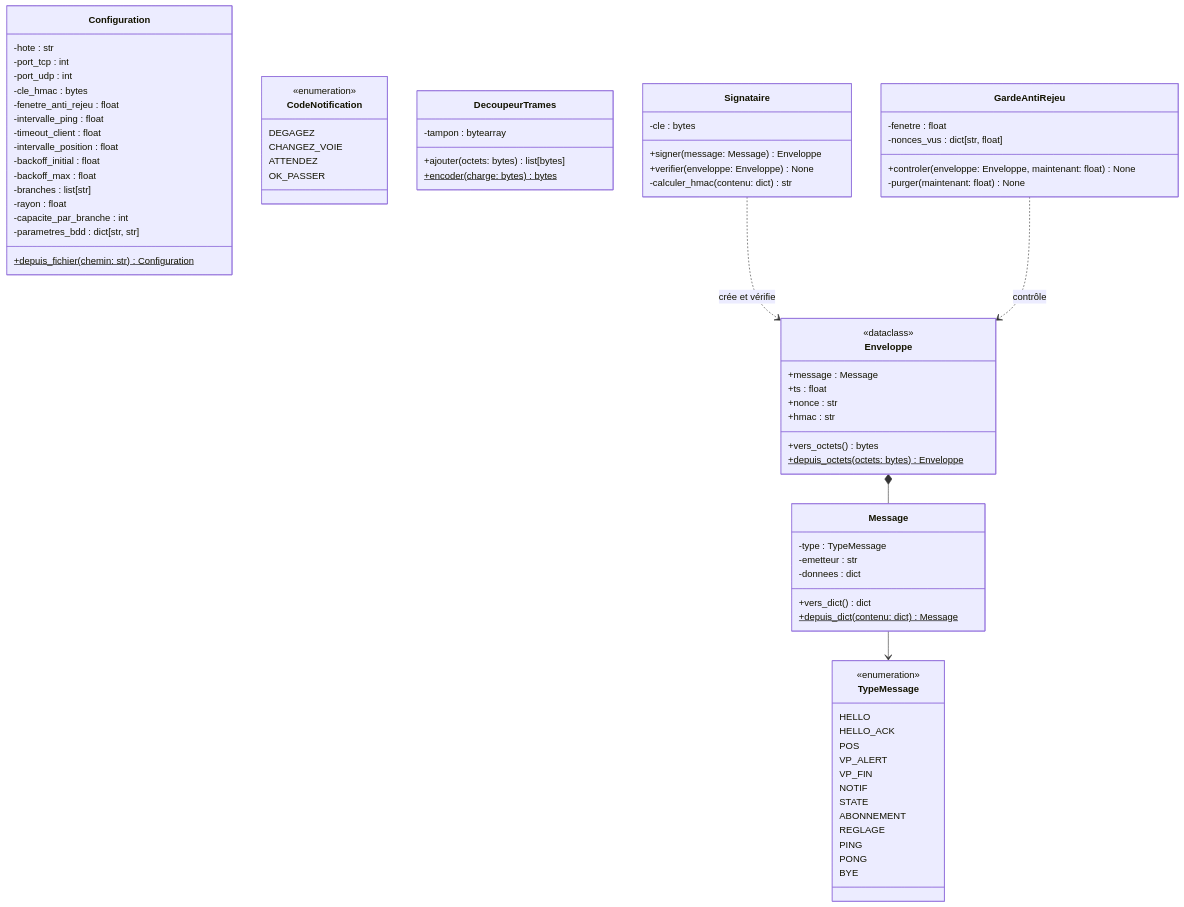
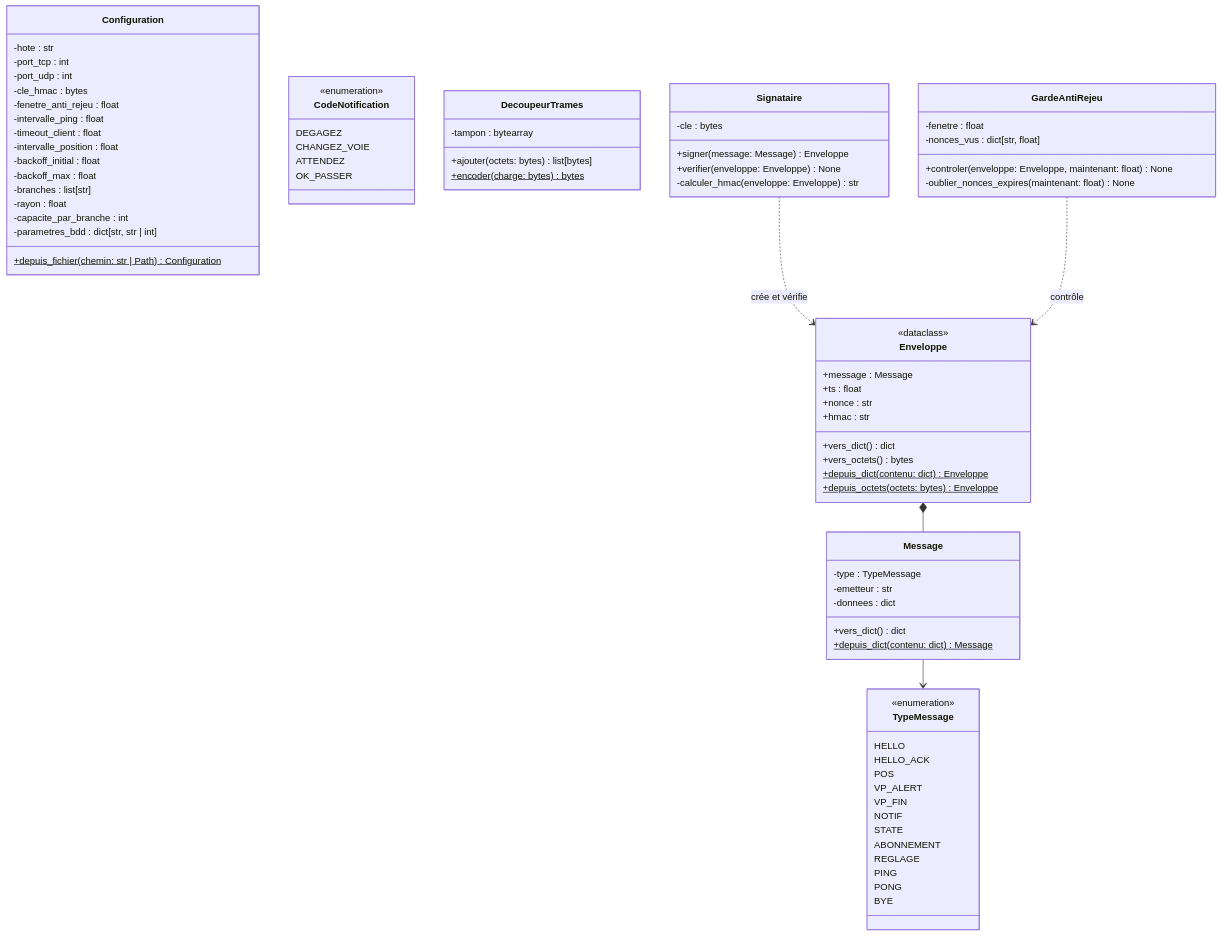
One commit to vRayzix/SAE3.02_Developper-une-application-communicante changed the second of 7 diagrams in docs/uml.md. Above: the diagram before and after it, drawn with Mermaid.

Commit message:
docs(uml): alignement du paquet commun sur le code

```diff
--- a/docs/uml.md
+++ b/docs/uml.md
@@ -63,8 +63,8 @@
         -branches : list[str]
         -rayon : float
         -capacite_par_branche : int
-        -parametres_bdd : dict[str, str]
-        +depuis_fichier(chemin: str) Configuration$
+        -parametres_bdd : dict[str, str | int]
+        +depuis_fichier(chemin: str | Path) Configuration$
     }
 
     class TypeMessage {
@@ -105,7 +105,9 @@
         +ts : float
         +nonce : str
         +hmac : str
+        +vers_dict() dict
         +vers_octets() bytes
+        +depuis_dict(contenu: dict) Enveloppe$
         +depuis_octets(octets: bytes) Enveloppe$
     }
 
@@ -119,14 +121,14 @@
         -cle : bytes
         +signer(message: Message) Enveloppe
         +verifier(enveloppe: Enveloppe) None
-        -calculer_hmac(contenu: dict) str
+        -calculer_hmac(enveloppe: Enveloppe) str
     }
 
     class GardeAntiRejeu {
         -fenetre : float
         -nonces_vus : dict[str, float]
         +controler(enveloppe: Enveloppe, maintenant: float) None
-        -purger(maintenant: float) None
+        -oublier_nonces_expires(maintenant: float) None
     }
 
     Message --> TypeMessage
```
